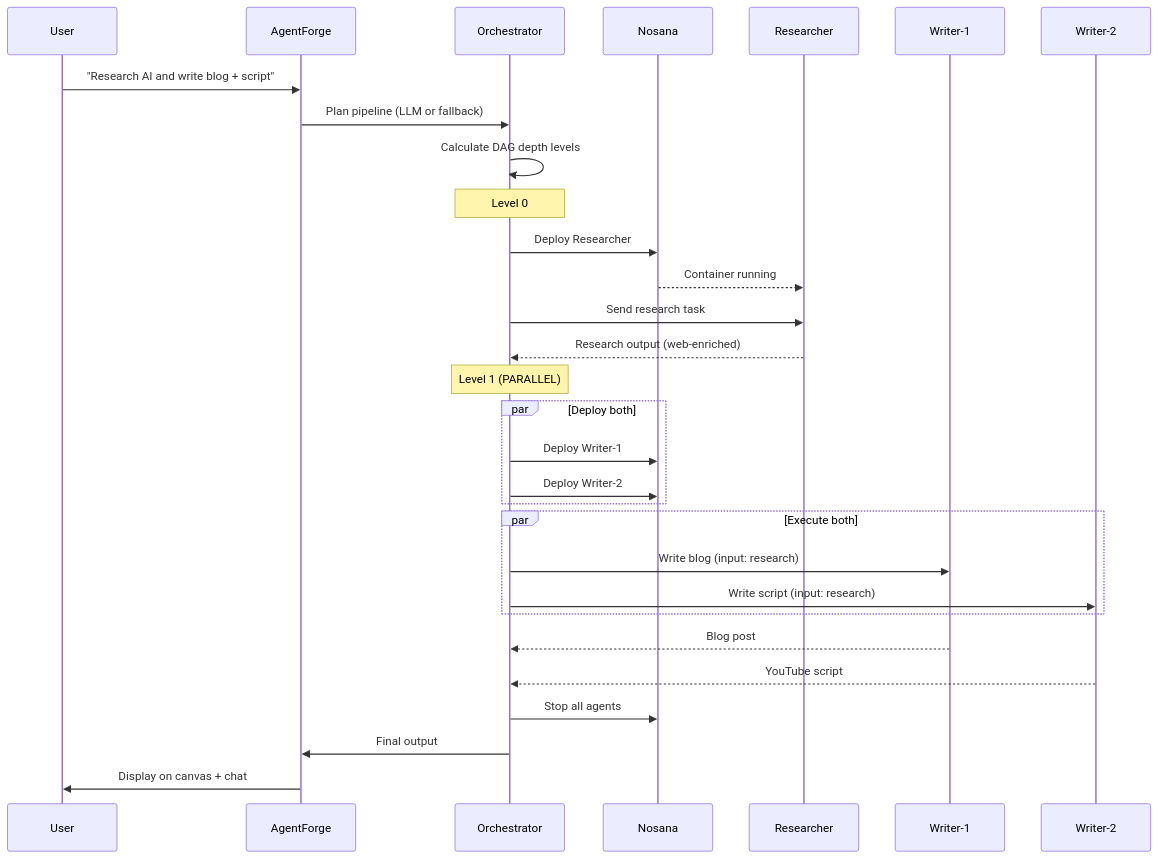
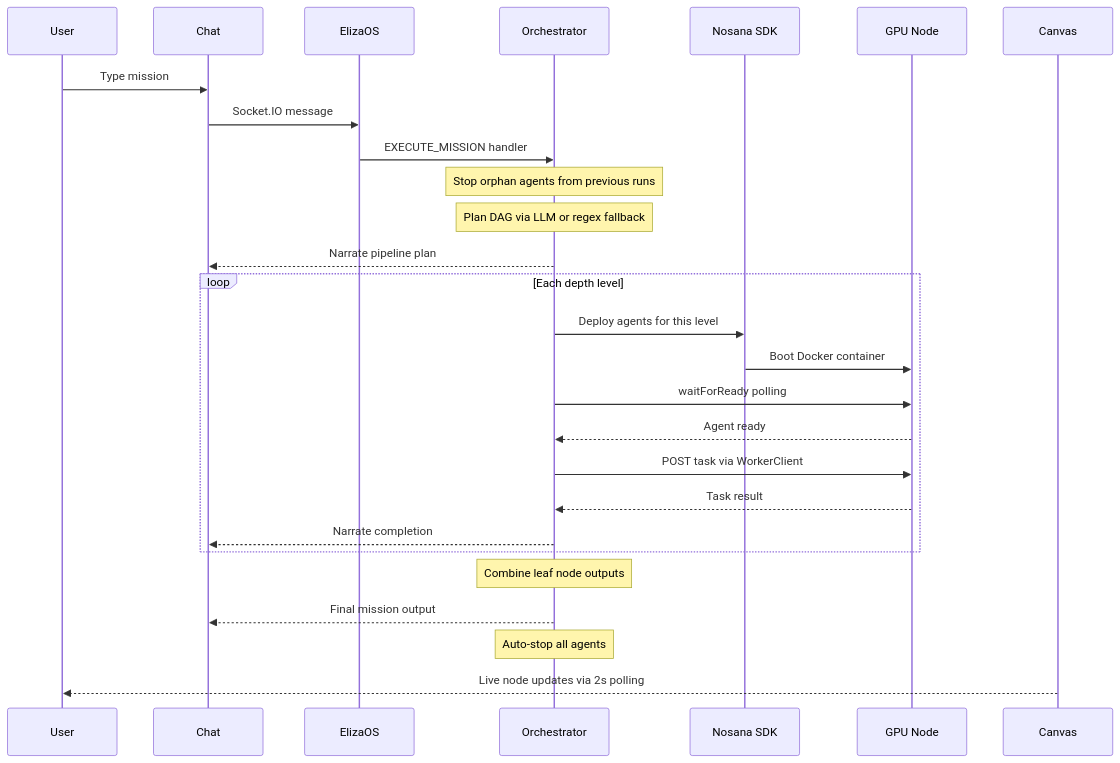
The third of 4 diagrams in README.md (Andy00L/agent-challenge-4), drawn with Mermaid before and after one commit. The commit also changed other lines of this file and 55 other files, not shown here.

Commit message:
feat: complete AgentForge - 7 prompts, shadcn, evaluator, events, tests, audit

````diff
--- a/README.md
+++ b/README.md
@@ -83,36 +82,30 @@
 ```mermaid
 sequenceDiagram
-    participant U as User
-    participant AF as AgentForge
-    participant O as Orchestrator
-    participant N as Nosana
-    participant R as Researcher
-    participant W1 as Writer-1
-    participant W2 as Writer-2
+    participant User
+    participant Chat
+    participant ElizaOS
+    participant Orch as Orchestrator
+    participant Nosana as Nosana SDK
+    participant GPU as GPU Node
+    participant Canvas
 
-    U->>AF: "Research AI and write blog + script"
-    AF->>O: Plan pipeline (LLM or fallback)
-    O->>O: Calculate DAG depth levels
-
-    Note over O: Level 0
-    O->>N: Deploy Researcher
-    N-->>R: Container running
-    O->>R: Send research task
-    R-->>O: Research output (web-enriched)
-
-    Note over O: Level 1 (PARALLEL)
-    par Deploy both
-        O->>N: Deploy Writer-1
-        O->>N: Deploy Writer-2
+    User->>Chat: Type mission
+    Chat->>ElizaOS: Socket.IO message
+    ElizaOS->>Orch: EXECUTE_MISSION handler
+    Note over Orch: Stop orphan agents from previous runs
+    Note over Orch: Plan DAG via LLM or regex fallback
+    Orch-->>Chat: Narrate pipeline plan
+    loop Each depth level
+        Orch->>Nosana: Deploy agents for this level
+        Nosana->>GPU: Boot Docker container
+        Orch->>GPU: waitForReady polling
+        GPU-->>Orch: Agent ready
+        Orch->>GPU: POST task via WorkerClient
+        GPU-->>Orch: Task result
+        Orch-->>Chat: Narrate completion
     end
-    par Execute both
-        O->>W1: Write blog (input: research)
-        O->>W2: Write script (input: research)
-    end
-    W1-->>O: Blog post
-    W2-->>O: YouTube script
-
-    O->>N: Stop all agents
-    O->>AF: Final output
-    AF->>U: Display on canvas + chat
+    Note over Orch: Combine leaf node outputs
+    Orch-->>Chat: Final mission output
+    Note over Orch: Auto-stop all agents
+    Canvas-->>User: Live node updates via 2s polling
 ```
````
